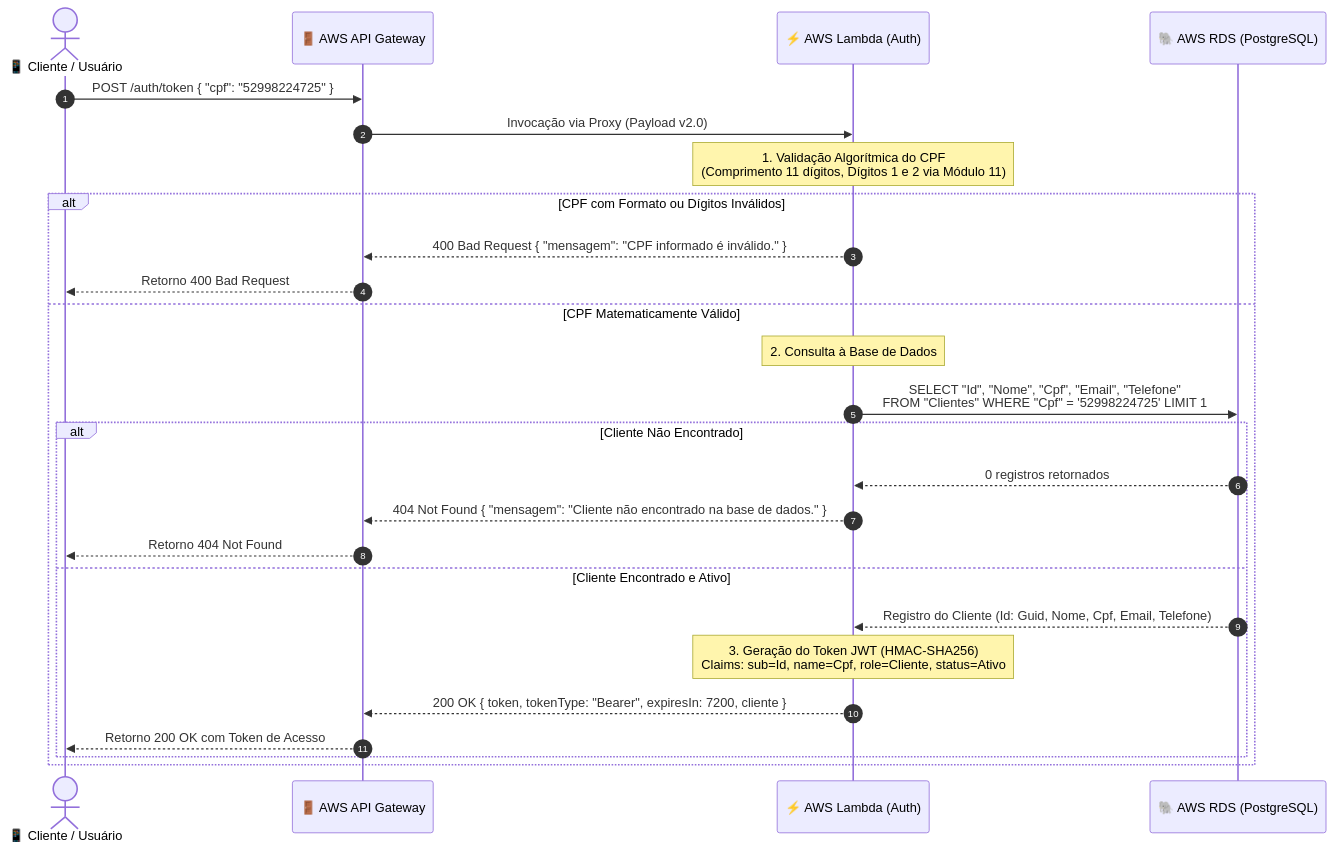
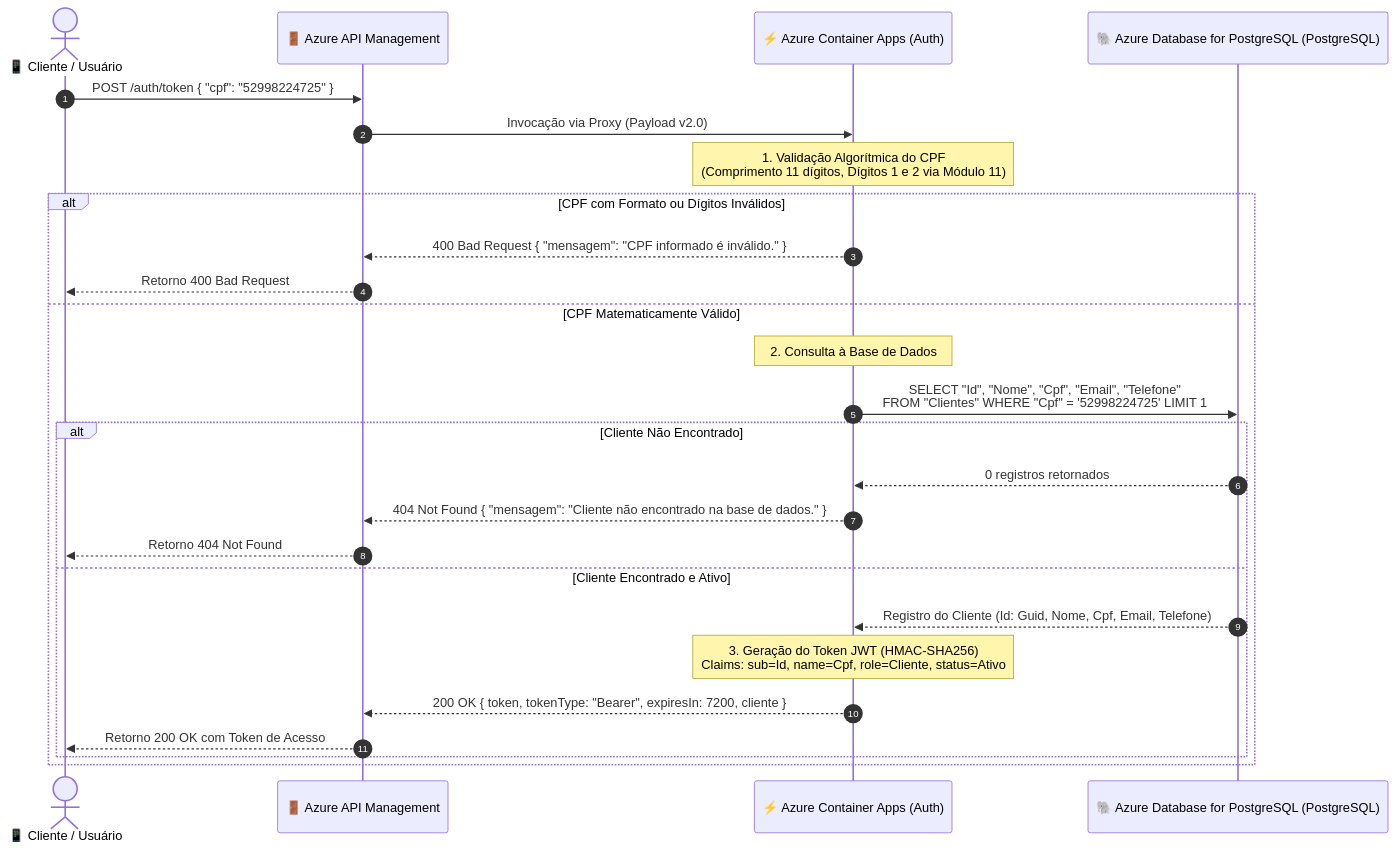
One commit to dvdalves/FIAP.Tech.Challenge changed the second of 3 diagrams in docs/Fase 3/documentacao_arquitetural.md. Above: the diagram before and after it, drawn with Mermaid. The commit also changed other lines of this file and 31 other files, not shown here.

````diff
--- a/docs/Fase 3/documentacao_arquitetural.md
+++ b/docs/Fase 3/documentacao_arquitetural.md
@@ -135,32 +132,32 @@
 ```mermaid
 sequenceDiagram
     autonumber
     actor Cliente as 📱 Cliente / Usuário
-    participant APIGW as 🚪 AWS API Gateway
-    participant Lambda as ⚡ AWS Lambda (Auth)
-    participant RDS as 🐘 AWS RDS (PostgreSQL)
+    participant APIGW as 🚪 Azure API Management
+    participant Lambda as ⚡ Azure Container Apps (Auth)
+    participant PostgreSQLFlexivel as 🐘 Azure Database for PostgreSQL (PostgreSQL)
 
     Cliente->>APIGW: POST /auth/token { "cpf": "52998224725" }
     APIGW->>Lambda: Invocação via Proxy (Payload v2.0)
     
     Note over Lambda: 1. Validação Algorítmica do CPF<br/>(Comprimento 11 dígitos, Dígitos 1 e 2 via Módulo 11)
     
     alt CPF com Formato ou Dígitos Inválidos
         Lambda-->>APIGW: 400 Bad Request { "mensagem": "CPF informado é inválido." }
         APIGW-->>Cliente: Retorno 400 Bad Request
     else CPF Matematicamente Válido
         Note over Lambda: 2. Consulta à Base de Dados
-        Lambda->>RDS: SELECT "Id", "Nome", "Cpf", "Email", "Telefone"<br/>FROM "Clientes" WHERE "Cpf" = '52998224725' LIMIT 1;
+        Lambda->>PostgreSQLFlexivel: SELECT "Id", "Nome", "Cpf", "Email", "Telefone"<br/>FROM "Clientes" WHERE "Cpf" = '52998224725' LIMIT 1;
         
         alt Cliente Não Encontrado
-            RDS-->>Lambda: 0 registros retornados
+            PostgreSQLFlexivel-->>Lambda: 0 registros retornados
             Lambda-->>APIGW: 404 Not Found { "mensagem": "Cliente não encontrado na base de dados." }
             APIGW-->>Cliente: Retorno 404 Not Found
         else Cliente Encontrado e Ativo
-            RDS-->>Lambda: Registro do Cliente (Id: Guid, Nome, Cpf, Email, Telefone)
+            PostgreSQLFlexivel-->>Lambda: Registro do Cliente (Id: Guid, Nome, Cpf, Email, Telefone)
             Note over Lambda: 3. Geração do Token JWT (HMAC-SHA256)<br/>Claims: sub=Id, name=Cpf, role=Cliente, status=Ativo
             Lambda-->>APIGW: 200 OK { token, tokenType: "Bearer", expiresIn: 7200, cliente }
             APIGW-->>Cliente: Retorno 200 OK com Token de Acesso
         end
     end
 ```
````
